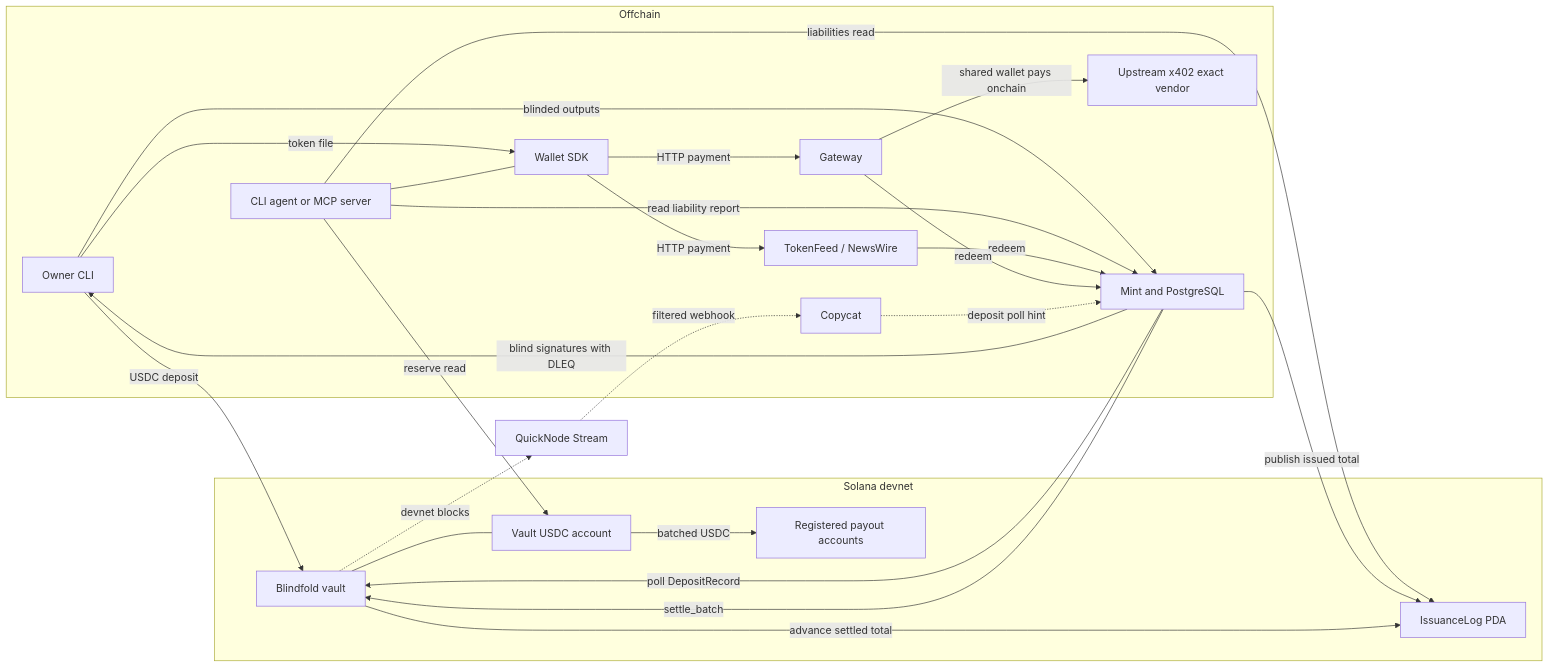
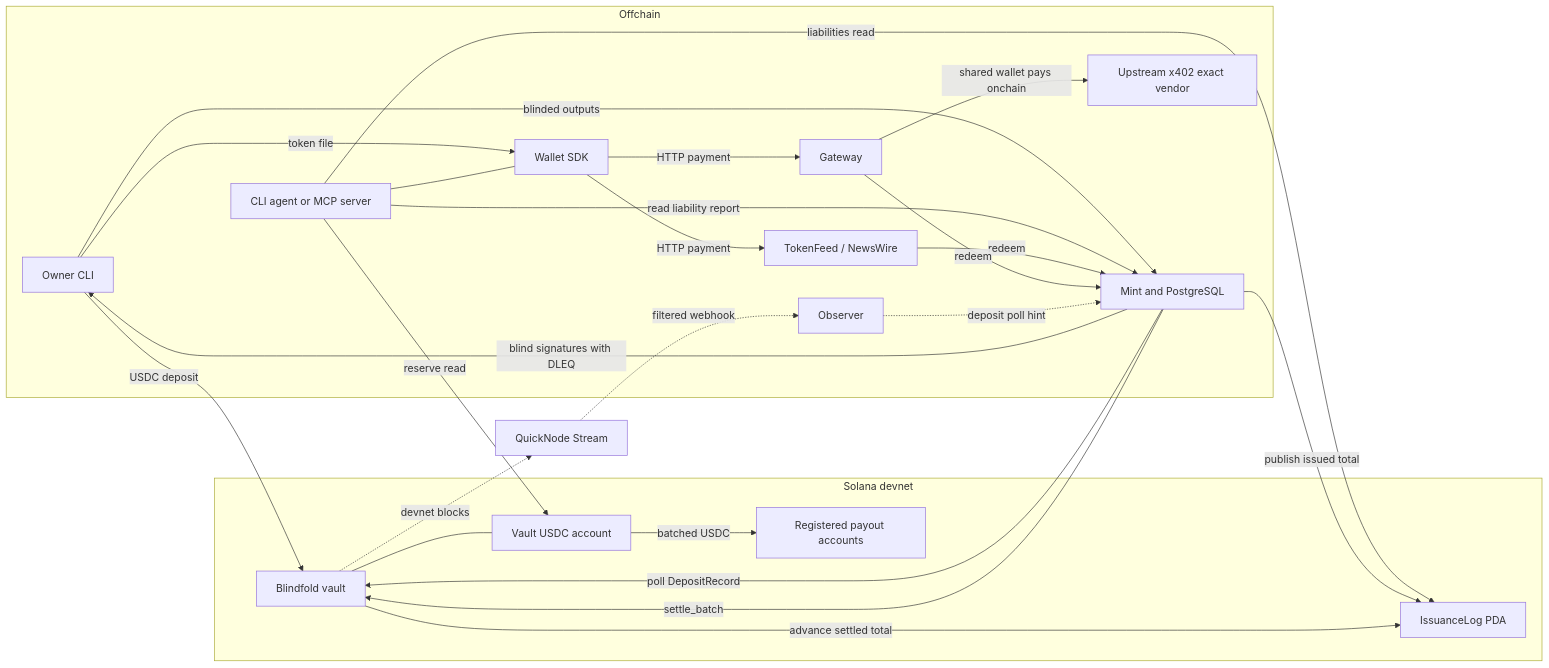
Before and after one commit to brockbenton/blindfold: the diagram in README.md, drawn with Mermaid. The commit also changed other lines of this file and 29 other files, not shown here.

First line of the commit message:
Rename Copycat to the observer; retitle demo "Standard x402 vs. Blindfold"

````diff
--- a/README.md
+++ b/README.md
@@ -39,43 +39,43 @@
 ```mermaid
 flowchart LR
     subgraph offchain["Offchain"]
         Owner["Owner CLI"]
         Agent["CLI agent or MCP server"]
         Wallet["Wallet SDK"]
         Mint["Mint and PostgreSQL"]
         Feed["TokenFeed / NewsWire"]
         Gateway["Gateway"]
         Vendor["Upstream x402 exact vendor"]
-        Copycat["Copycat"]
+        Observer["Observer"]
     end
     subgraph solana["Solana devnet"]
         Vault["Blindfold vault"]
         Balance["Vault USDC account"]
         Log["IssuanceLog PDA"]
         Payouts["Registered payout accounts"]
     end
     Stream["QuickNode Stream"]
 
     Owner -->|USDC deposit| Vault
     Owner -->|blinded outputs| Mint
     Mint -->|blind signatures with DLEQ| Owner
     Owner -->|token file| Wallet
     Agent --- Wallet
     Agent -->|reserve read| Balance
     Agent -->|liabilities read| Log
     Agent -->|read liability report| Mint
     Wallet -->|HTTP payment| Feed
     Wallet -->|HTTP payment| Gateway
     Feed -->|redeem| Mint
     Gateway -->|redeem| Mint
     Gateway -->|shared wallet pays onchain| Vendor
     Mint -->|poll DepositRecord| Vault
     Mint -->|publish issued total| Log
     Mint -->|settle_batch| Vault
     Vault --- Balance
     Vault -->|advance settled total| Log
     Balance -->|batched USDC| Payouts
     Vault -.->|devnet blocks| Stream
-    Stream -.->|filtered webhook| Copycat
-    Copycat -.->|deposit poll hint| Mint
+    Stream -.->|filtered webhook| Observer
+    Observer -.->|deposit poll hint| Mint
 ```
````
